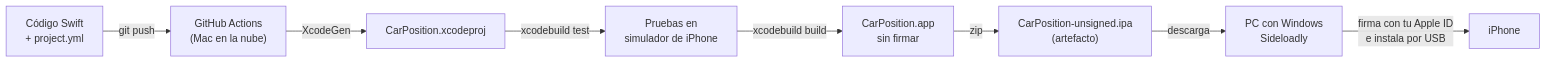
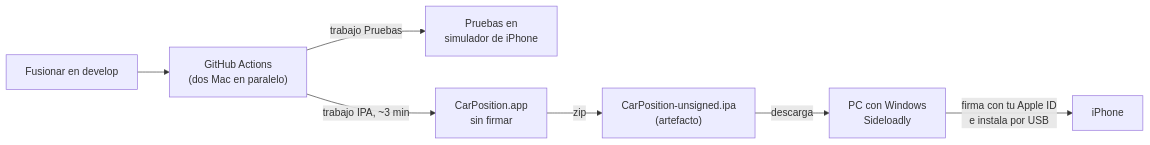
The diagram in docs/compilacion-e-instalacion.md (jhonjairo6230/my-car-possition), drawn with Mermaid before and after one commit. The commit also changed other lines of this file and 6 other files, not shown here.

First line of the commit message:
CI como DrawPad: IPA y pruebas en paralelo, IPA solo al fusionar (ADR 0011)

````diff
--- a/docs/compilacion-e-instalacion.md
+++ b/docs/compilacion-e-instalacion.md
@@ -6,10 +6,9 @@
 ```mermaid
 flowchart LR
-    A["Código Swift<br/>+ project.yml"] -->|git push| B["GitHub Actions<br/>(Mac en la nube)"]
-    B -->|XcodeGen| C["CarPosition.xcodeproj"]
-    C -->|xcodebuild test| D["Pruebas en<br/>simulador de iPhone"]
-    D -->|xcodebuild build| E["CarPosition.app<br/>sin firmar"]
+    A["Fusionar en develop"] --> B["GitHub Actions<br/>(dos Mac en paralelo)"]
+    B -->|trabajo Pruebas| D["Pruebas en<br/>simulador de iPhone"]
+    B -->|trabajo IPA, ~3 min| E["CarPosition.app<br/>sin firmar"]
     E -->|zip| F["CarPosition-unsigned.ipa<br/>(artefacto)"]
     F -->|descarga| G["PC con Windows<br/>Sideloadly"]
     G -->|firma con tu Apple ID<br/>e instala por USB| H["iPhone"]
 ```
````
